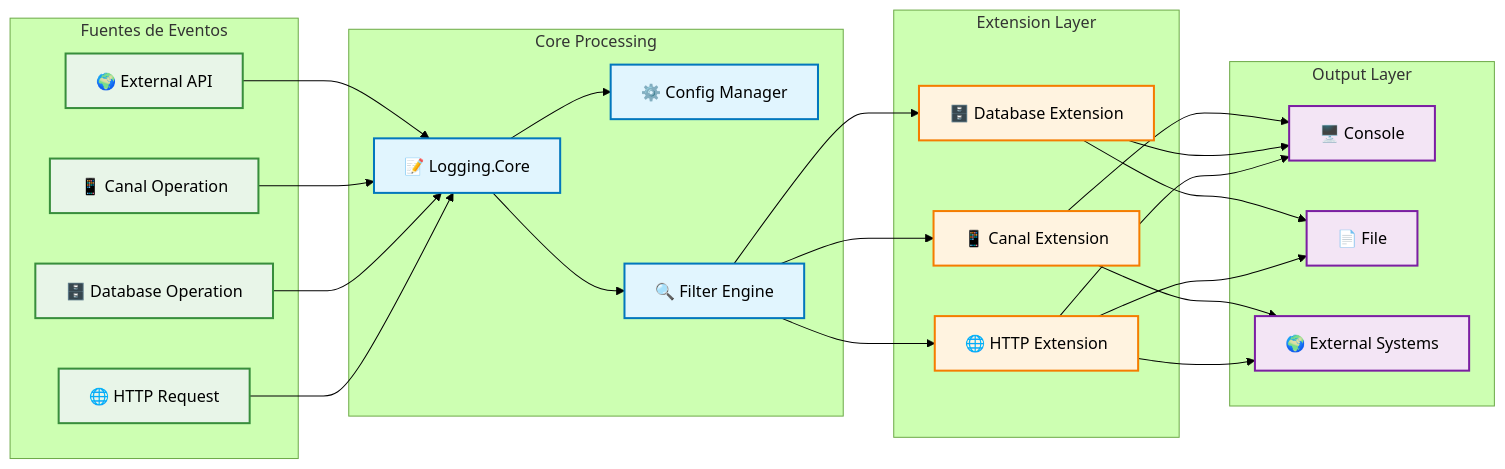
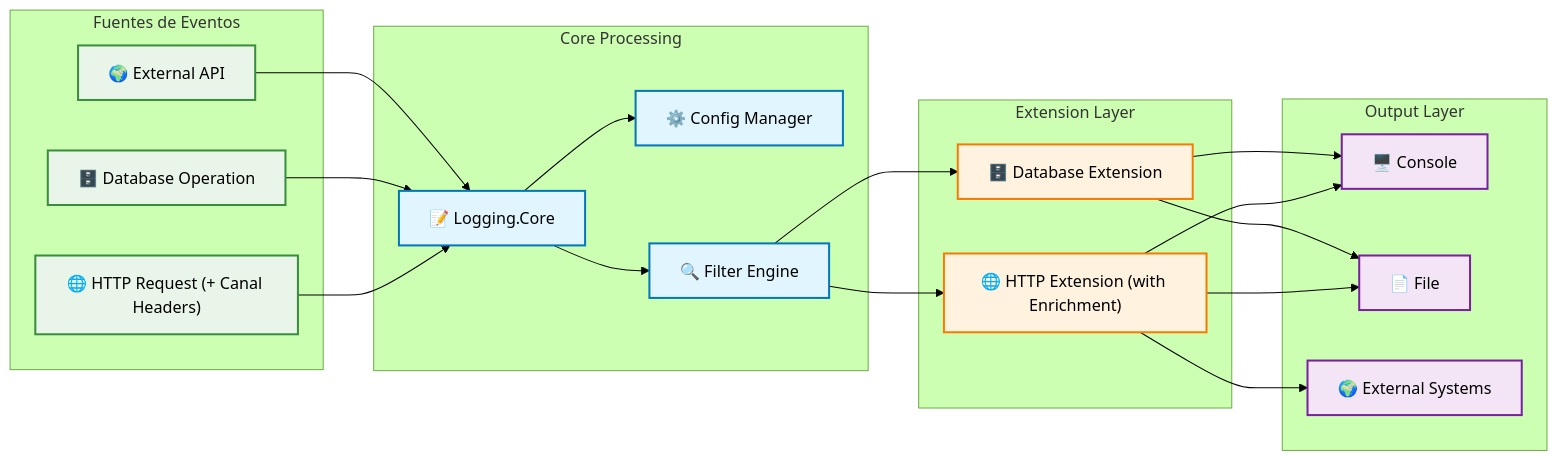
Before and after one commit to ercilli/Poc-Arquetipo: the second of 2 diagrams in docs/EXTENSION_GUIDE.md, drawn with Mermaid (forest theme). The commit also changed other lines of this file and 28 other files, not shown here.

First line of the commit message:
feat: Implement Canal Enrichment Pattern for HTTP Logging

````diff
--- a/docs/EXTENSION_GUIDE.md
+++ b/docs/EXTENSION_GUIDE.md
@@ -678,59 +678,52 @@
 ```mermaid
 graph LR
     subgraph "Fuentes de Eventos"
-        HttpRequest["🌐 HTTP Request"]
+        HttpRequest["🌐 HTTP Request (+ Canal Headers)"]
         DatabaseOp["🗄️ Database Operation"]
-        CanalOp["📱 Canal Operation"]
         ExternalAPI["🌍 External API"]
     end
 
     subgraph "Core Processing"
         LoggingCore["📝 Logging.Core"]
         ConfigManager["⚙️ Config Manager"]
         FilterEngine["🔍 Filter Engine"]
     end
 
     subgraph "Extension Layer"
-        HttpExt["🌐 HTTP Extension"]
+        HttpExt["🌐 HTTP Extension (with Enrichment)"]
         DatabaseExt["🗄️ Database Extension"]
-        CanalExt["📱 Canal Extension"]
     end
 
     subgraph "Output Layer"
         Console["🖥️ Console"]
         File["📄 File"]
         External["🌍 External Systems"]
     end
 
     HttpRequest --> LoggingCore
     DatabaseOp --> LoggingCore
-    CanalOp --> LoggingCore
     ExternalAPI --> LoggingCore
 
     LoggingCore --> ConfigManager
     LoggingCore --> FilterEngine
 
     FilterEngine --> HttpExt
     FilterEngine --> DatabaseExt
-    FilterEngine --> CanalExt
 
     HttpExt --> Console
     HttpExt --> File
     HttpExt --> External
 
     DatabaseExt --> Console
     DatabaseExt --> File
 
-    CanalExt --> Console
-    CanalExt --> External
-
     classDef sourceClass fill:#e8f5e8,stroke:#388e3c,stroke-width:2px
     classDef coreClass fill:#e1f5fe,stroke:#0277bd,stroke-width:2px
     classDef extensionClass fill:#fff3e0,stroke:#f57c00,stroke-width:2px
     classDef outputClass fill:#f3e5f5,stroke:#7b1fa2,stroke-width:2px
 
-    class HttpRequest,DatabaseOp,CanalOp,ExternalAPI sourceClass
+    class HttpRequest,DatabaseOp,ExternalAPI sourceClass
     class LoggingCore,ConfigManager,FilterEngine coreClass
-    class HttpExt,DatabaseExt,CanalExt extensionClass
+    class HttpExt,DatabaseExt extensionClass
     class Console,File,External outputClass
 ```
````
